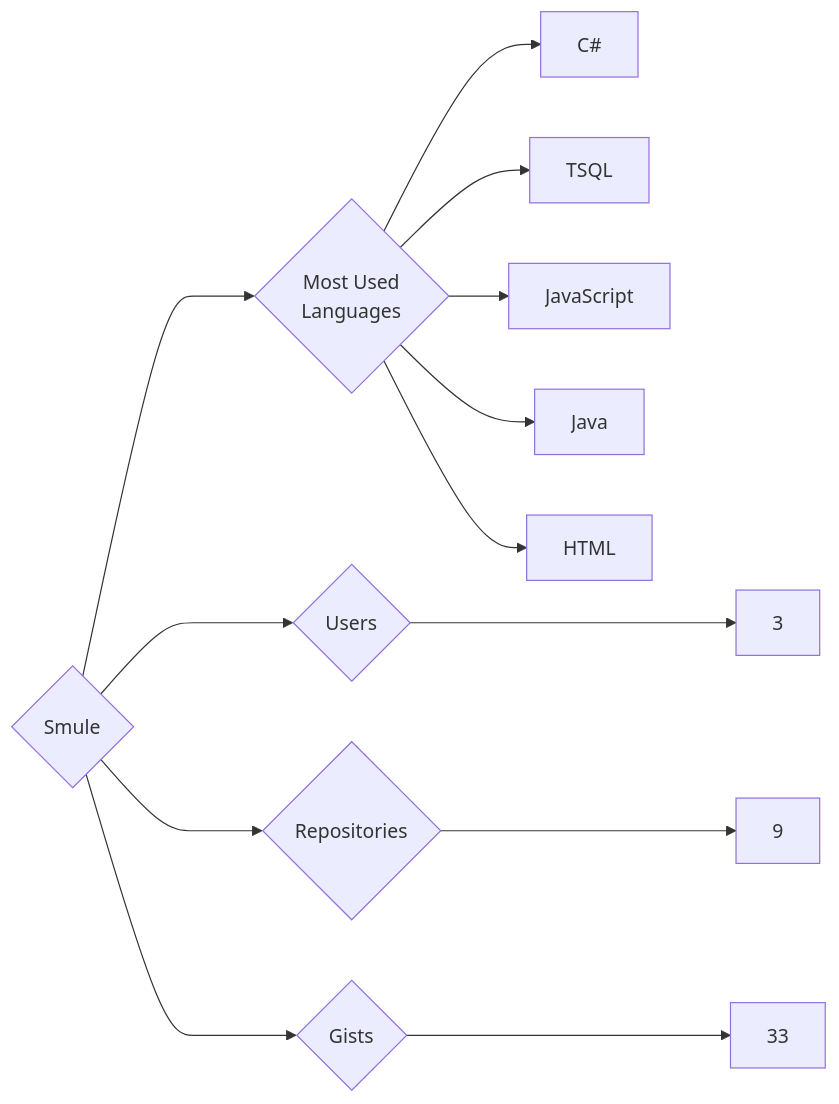
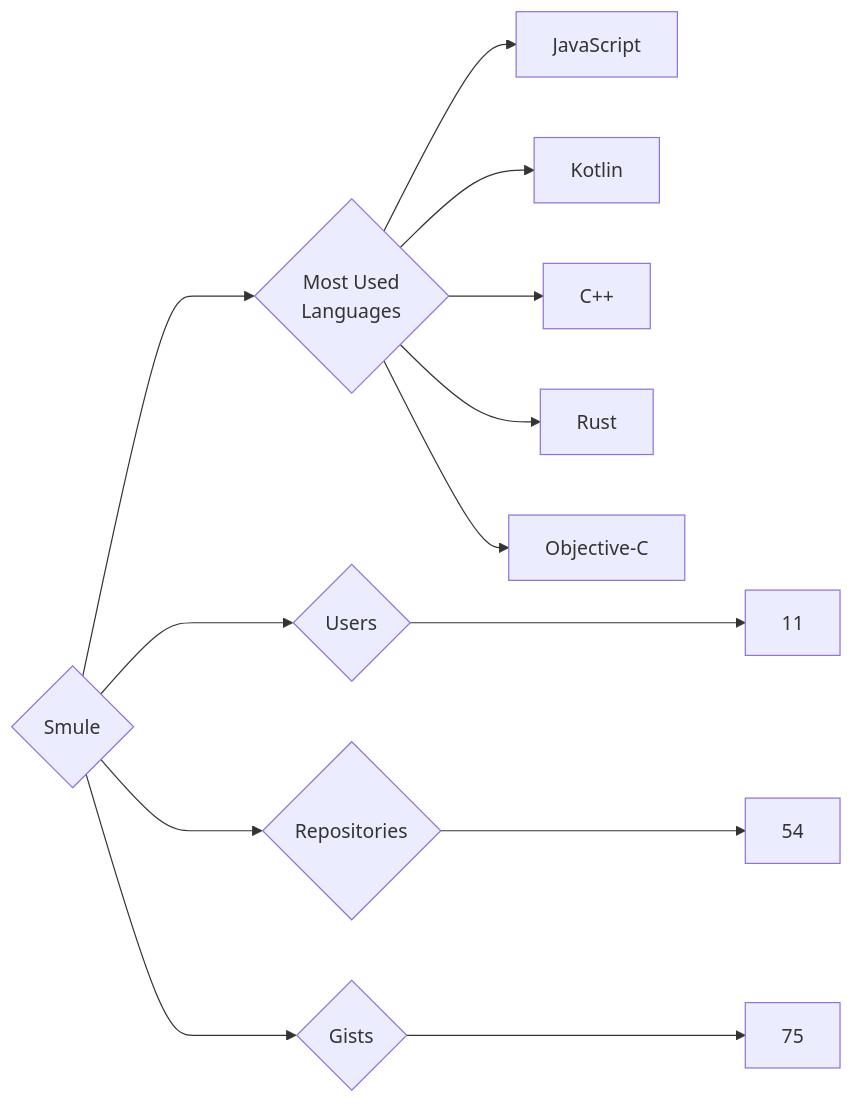
One commit to trickest/insiders changed the diagram in targets/Smule/README.md. Above: the diagram before and after it, drawn with Mermaid. The commit also changed 597 other files, not shown here.

````diff
--- a/targets/Smule/README.md
+++ b/targets/Smule/README.md
@@ -3,13 +3,13 @@
 ```mermaid
 graph LR
 COMPANY_NAME{Smule}
-COMPANY_NAME ---> U{Users} ---> UN[3]
-COMPANY_NAME ---> R{Repositories} ---> RN[9]
-COMPANY_NAME ---> G{Gists} ---> GN[33]
+COMPANY_NAME ---> U{Users} ---> UN[11]
+COMPANY_NAME ---> R{Repositories} ---> RN[54]
+COMPANY_NAME ---> G{Gists} ---> GN[75]
 COMPANY_NAME ---> ML{Most Used<br>Languages}
-ML --> C#[C#]
-ML --> TSQL[TSQL]
 ML --> JavaScript[JavaScript]
-ML --> Java[Java]
-ML --> HTML[HTML]
+ML --> Kotlin[Kotlin]
+ML --> C++[C++]
+ML --> Rust[Rust]
+ML --> Objective-C[Objective-C]
 ```
````
